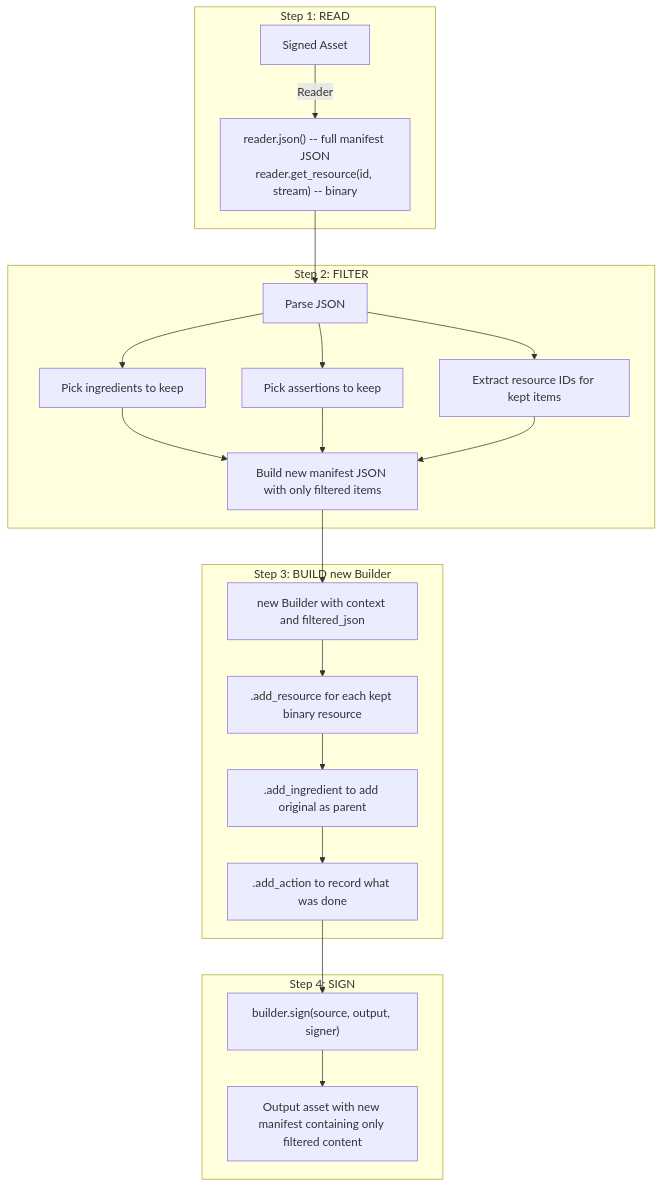
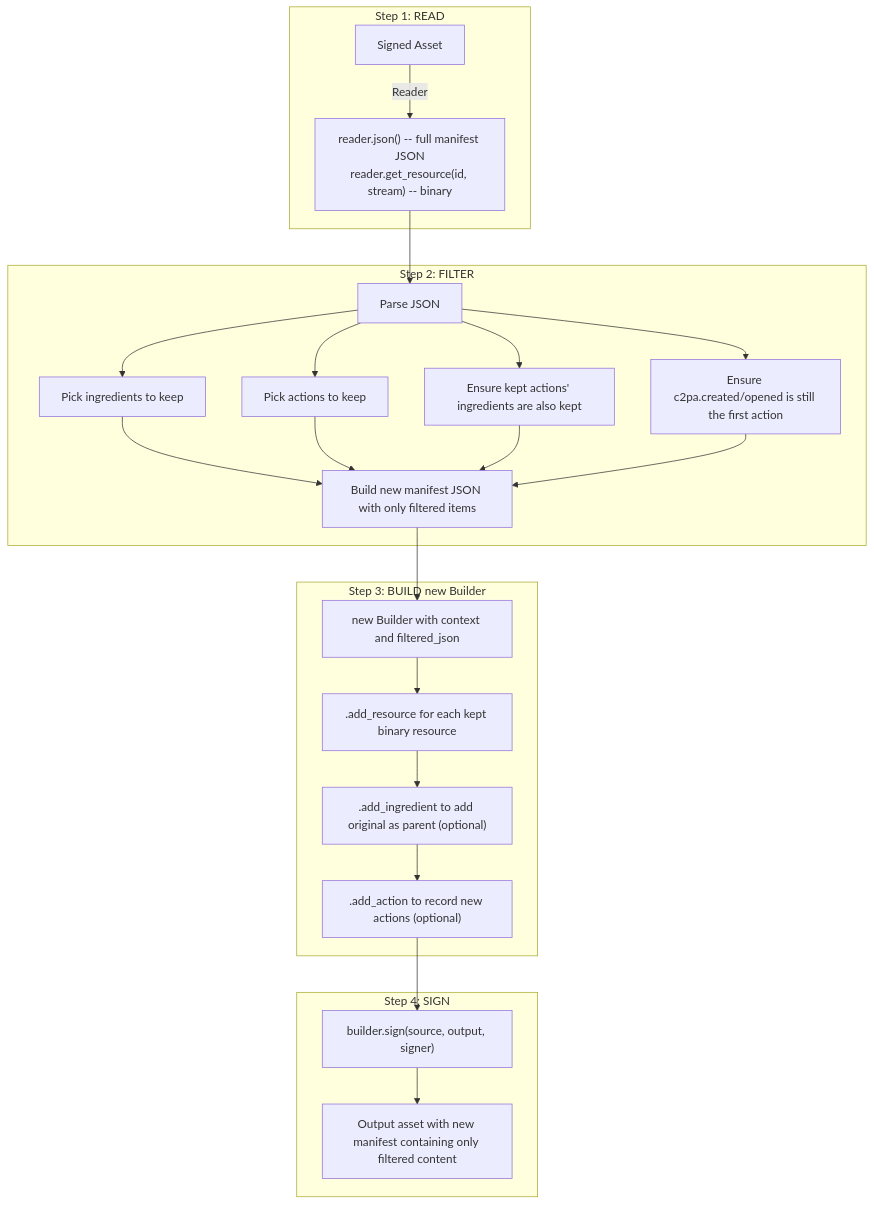
One commit to contentauth/c2pa-c changed the eighth of 9 diagrams in docs/selective-manifests.md. Above: the diagram before and after it, drawn with Mermaid. The commit also changed other lines of this file and 1 other file, not shown here.

````diff
--- a/docs/selective-manifests.md
+++ b/docs/selective-manifests.md
@@ -449,26 +1051,27 @@
 ```mermaid
 flowchart TD
     subgraph Step1["Step 1: READ"]
         SA[Signed Asset] -->|Reader| RD["reader.json() -- full manifest JSON\nreader.get_resource(id, stream) -- binary"]
     end
 
     subgraph Step2["Step 2: FILTER"]
         RD --> FI[Parse JSON]
         FI --> F1[Pick ingredients to keep]
-        FI --> F2[Pick assertions to keep]
-        FI --> F3[Extract resource IDs for kept items]
-        F1 & F2 & F3 --> FM[Build new manifest JSON with only filtered items]
+        FI --> F3[Pick actions to keep]
+        FI --> F4[Ensure kept actions' ingredients are also kept]
+        FI --> F5["Ensure c2pa.created/opened is still the first action"]
+        F1 & F3 & F4 & F5 --> FM[Build new manifest JSON with only filtered items]
     end
 
     subgraph Step3["Step 3: BUILD new Builder"]
         FM --> BLD["new Builder with context and filtered_json"]
         BLD --> AR[".add_resource for each kept binary resource"]
-        AR --> AI[".add_ingredient to add original as parent"]
-        AI --> AA[".add_action to record what was done"]
+        AR --> AI[".add_ingredient to add original as parent (optional)"]
+        AI --> AA[".add_action to record new actions (optional)"]
     end
 
     subgraph Step4["Step 4: SIGN"]
         AA --> SIGN["builder.sign(source, output, signer)"]
         SIGN --> OUT[Output asset with new manifest containing only filtered content]
     end
 ```
````
